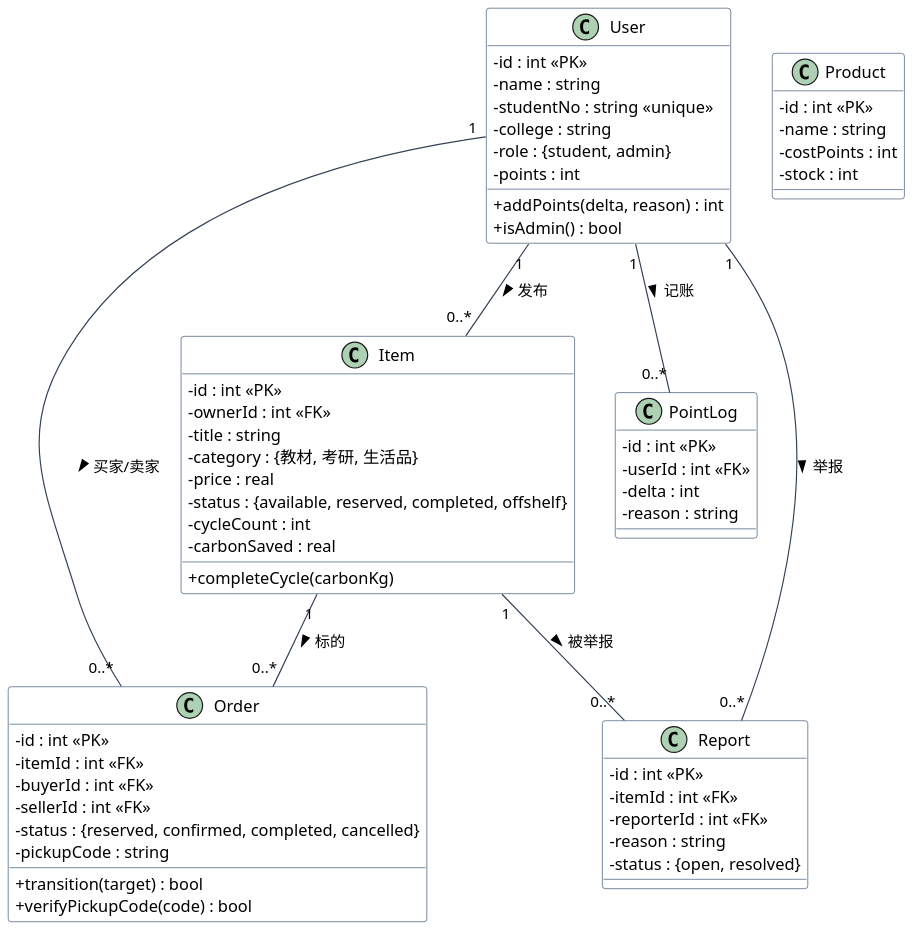
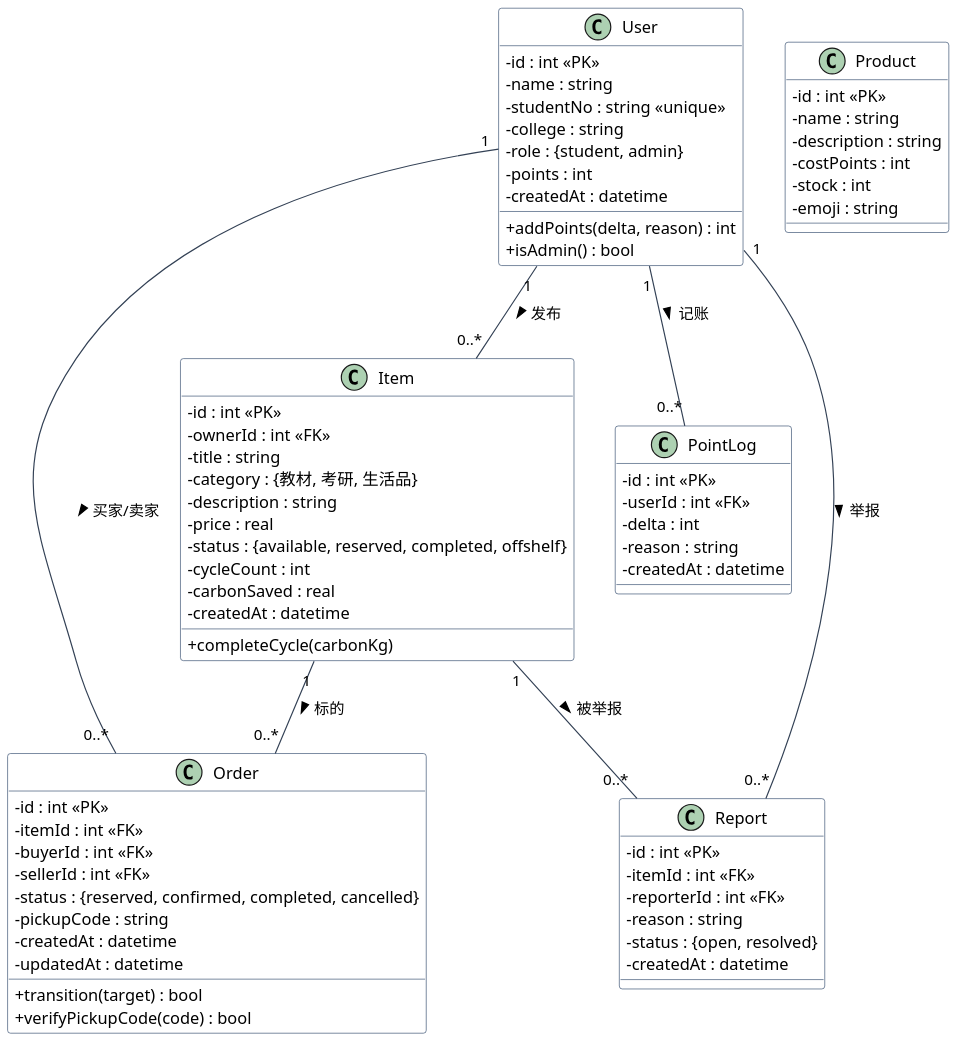
One commit to dogflydream/software-require-project-exam1 changed the diagram in docs/reports/puml/class.puml. Above: the diagram before and after it, drawn with PlantUML. The commit also changed 9 other files, not shown here.

Commit message:
docs(lab): add highlight sections and verify class-diagram/schema consistency

```diff
--- a/docs/reports/puml/class.puml
+++ b/docs/reports/puml/class.puml
@@ -1,67 +1,76 @@
 @startuml
 skinparam defaultFontName "Microsoft YaHei"
 skinparam dpi 150
 skinparam shadowing false
 skinparam classAttributeIconSize 0
 skinparam class {
   BackgroundColor #FFFFFF
   BorderColor #1E3A5F
   ArrowColor #334155
 }
 class User {
   -id : int «PK»
   -name : string
   -studentNo : string «unique»
   -college : string
   -role : {student, admin}
   -points : int
+  -createdAt : datetime
   +addPoints(delta, reason) : int
   +isAdmin() : bool
 }
 class Item {
   -id : int «PK»
   -ownerId : int «FK»
   -title : string
   -category : {教材, 考研, 生活品}
+  -description : string
   -price : real
   -status : {available, reserved, completed, offshelf}
   -cycleCount : int
   -carbonSaved : real
+  -createdAt : datetime
   +completeCycle(carbonKg)
 }
 class Order {
   -id : int «PK»
   -itemId : int «FK»
   -buyerId : int «FK»
   -sellerId : int «FK»
   -status : {reserved, confirmed, completed, cancelled}
   -pickupCode : string
+  -createdAt : datetime
+  -updatedAt : datetime
   +transition(target) : bool
   +verifyPickupCode(code) : bool
 }
 class PointLog {
   -id : int «PK»
   -userId : int «FK»
   -delta : int
   -reason : string
+  -createdAt : datetime
 }
 class Product {
   -id : int «PK»
   -name : string
+  -description : string
   -costPoints : int
   -stock : int
+  -emoji : string
 }
 class Report {
   -id : int «PK»
   -itemId : int «FK»
   -reporterId : int «FK»
   -reason : string
   -status : {open, resolved}
+  -createdAt : datetime
 }
 User "1" -- "0..*" Item : 发布 >
 User "1" -- "0..*" PointLog : 记账 >
 User "1" -- "0..*" Order : 买家/卖家 >
 Item "1" -- "0..*" Order : 标的 >
 Item "1" -- "0..*" Report : 被举报 >
 User "1" -- "0..*" Report : 举报 >
 @enduml
```
